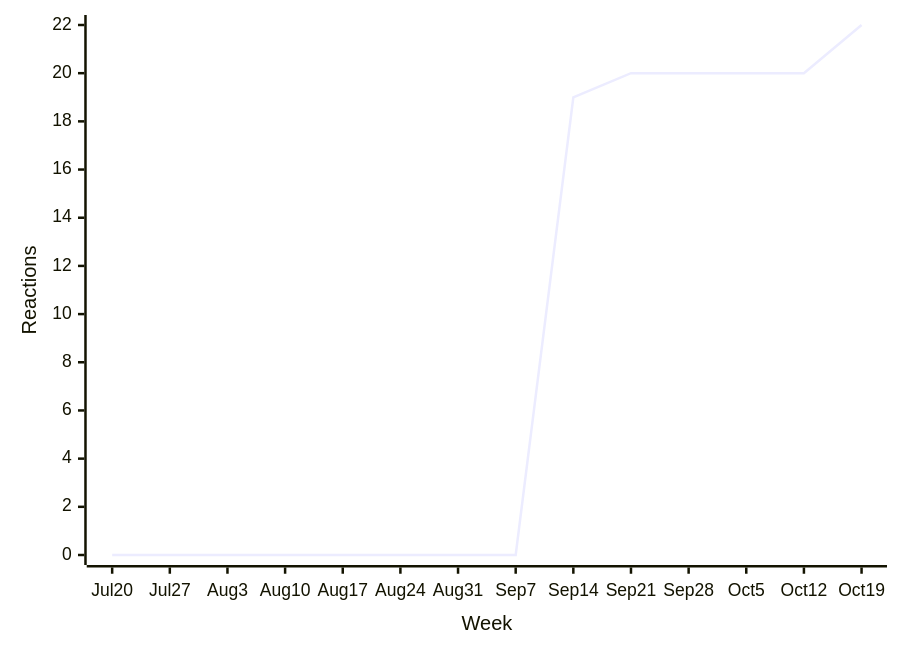
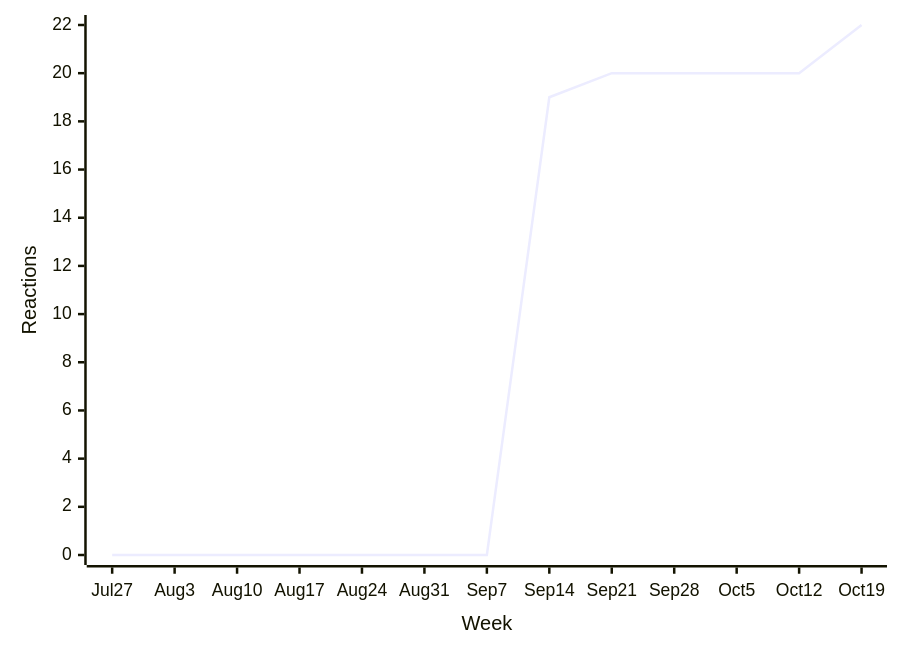
One commit to loic-sharma/github-insights changed the fourth of 39 diagrams in README.md. Above: the diagram before and after it, drawn with Mermaid. The commit also changed other lines of this file and 3 other files, not shown here.

````diff
--- a/README.md
+++ b/README.md
@@ -375,6 +375,6 @@
   ```mermaid
   xychart-beta
-    x-axis "Week" [Jul 20, Jul 27, Aug 3, Aug 10, Aug 17, Aug 24, Aug 31, Sep 7, Sep 14, Sep 21, Sep 28, Oct 5, Oct 12, Oct 19]
+    x-axis "Week" [Jul 27, Aug 3, Aug 10, Aug 17, Aug 24, Aug 31, Sep 7, Sep 14, Sep 21, Sep 28, Oct 5, Oct 12, Oct 19]
     y-axis "Reactions"
-    line [0, 0, 0, 0, 0, 0, 0, 0, 19, 20, 20, 20, 20, 22]
+    line [0, 0, 0, 0, 0, 0, 0, 19, 20, 20, 20, 20, 22]
   ```
````
